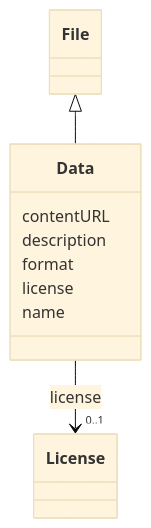
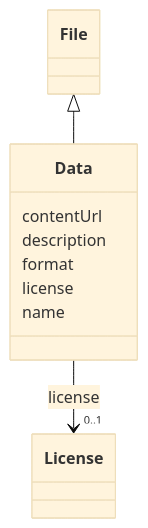
One commit to EVORA-project/evora-ontology changed the diagram in models/docs/Data.md. Above: the diagram before and after it, drawn with Mermaid (base theme). The commit also changed other lines of this file and 650 other files, not shown here.

````diff
--- a/models/docs/Data.md
+++ b/models/docs/Data.md
@@ -19,26 +19,26 @@
 ```mermaid
  classDiagram
     class Data
     click Data href "../Data"
       File <|-- Data
         click File href "../File"
       
-      Data : contentURL
+      Data : contentUrl
         
       Data : description
         
       Data : format
         
       Data : license
         
           
     
     
     Data --> "0..1" License : license
     click License href "../License"
 
         
       Data : name
         
       
 ```
````
